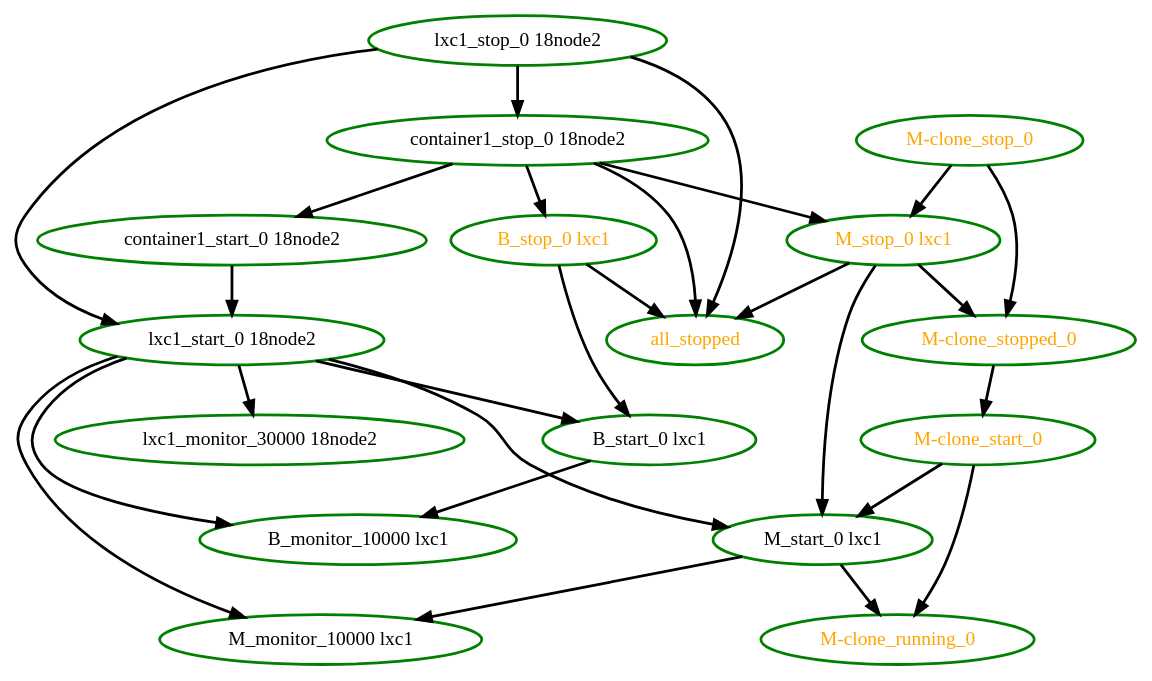
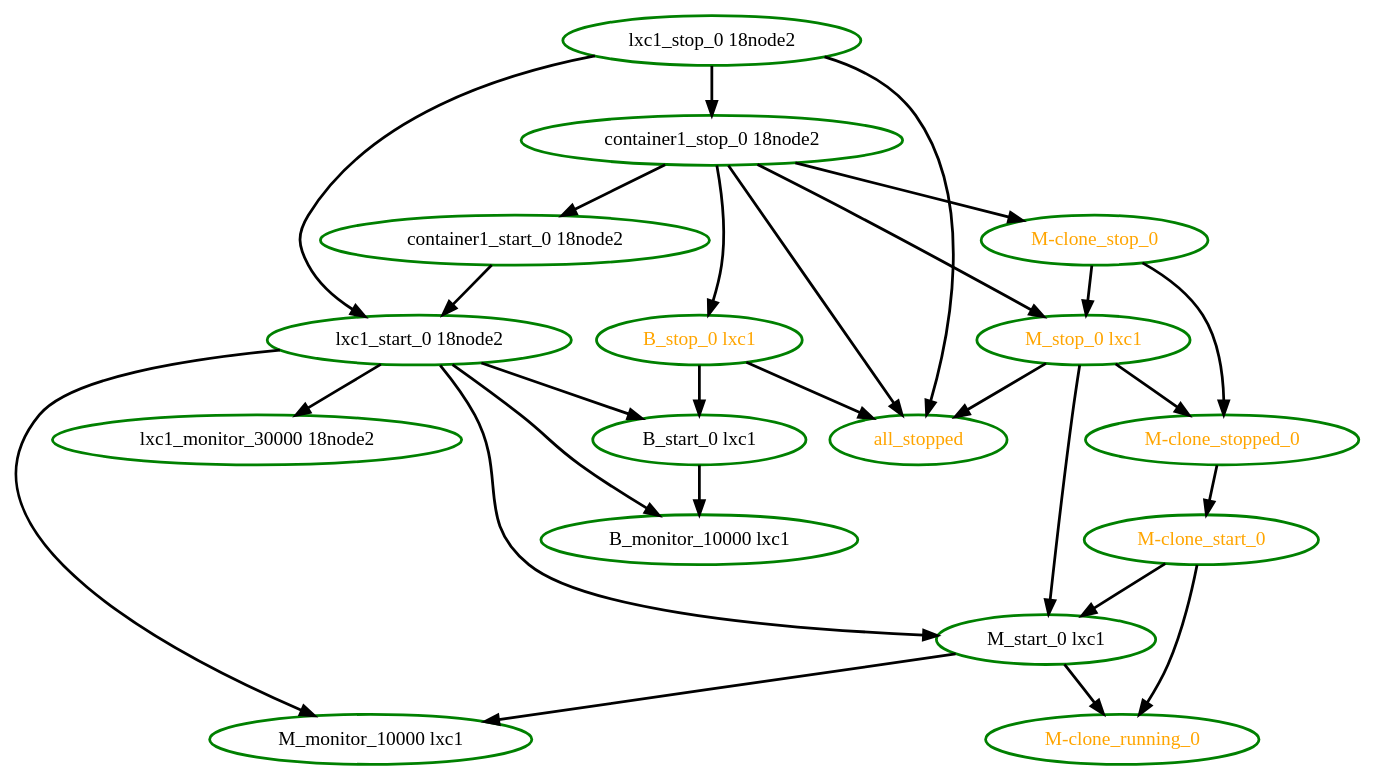
Before and after one commit to ClusterLabs/pacemaker: the diagram in pengine/test10/whitebox-fail1.dot, drawn with Graphviz. The commit also changed 11 other files, not shown here.

```diff
--- a/pengine/test10/whitebox-fail1.dot
+++ b/pengine/test10/whitebox-fail1.dot
@@ -1,44 +1,45 @@
 digraph "g" {
 "B_monitor_10000 lxc1" [ style=bold color="green" fontcolor="black"]
 "B_start_0 lxc1" -> "B_monitor_10000 lxc1" [ style = bold]
 "B_start_0 lxc1" [ style=bold color="green" fontcolor="black"]
 "B_stop_0 lxc1" -> "B_start_0 lxc1" [ style = bold]
 "B_stop_0 lxc1" -> "all_stopped" [ style = bold]
 "B_stop_0 lxc1" [ style=bold color="green" fontcolor="orange"]
 "M-clone_running_0" [ style=bold color="green" fontcolor="orange"]
 "M-clone_start_0" -> "M-clone_running_0" [ style = bold]
 "M-clone_start_0" -> "M_start_0 lxc1" [ style = bold]
 "M-clone_start_0" [ style=bold color="green" fontcolor="orange"]
 "M-clone_stop_0" -> "M-clone_stopped_0" [ style = bold]
 "M-clone_stop_0" -> "M_stop_0 lxc1" [ style = bold]
 "M-clone_stop_0" [ style=bold color="green" fontcolor="orange"]
 "M-clone_stopped_0" -> "M-clone_start_0" [ style = bold]
 "M-clone_stopped_0" [ style=bold color="green" fontcolor="orange"]
 "M_monitor_10000 lxc1" [ style=bold color="green" fontcolor="black"]
 "M_start_0 lxc1" -> "M-clone_running_0" [ style = bold]
 "M_start_0 lxc1" -> "M_monitor_10000 lxc1" [ style = bold]
 "M_start_0 lxc1" [ style=bold color="green" fontcolor="black"]
 "M_stop_0 lxc1" -> "M-clone_stopped_0" [ style = bold]
 "M_stop_0 lxc1" -> "M_start_0 lxc1" [ style = bold]
 "M_stop_0 lxc1" -> "all_stopped" [ style = bold]
 "M_stop_0 lxc1" [ style=bold color="green" fontcolor="orange"]
 "all_stopped" [ style=bold color="green" fontcolor="orange"]
 "container1_start_0 18node2" -> "lxc1_start_0 18node2" [ style = bold]
 "container1_start_0 18node2" [ style=bold color="green" fontcolor="black"]
 "container1_stop_0 18node2" -> "B_stop_0 lxc1" [ style = bold]
+"container1_stop_0 18node2" -> "M-clone_stop_0" [ style = bold]
 "container1_stop_0 18node2" -> "M_stop_0 lxc1" [ style = bold]
 "container1_stop_0 18node2" -> "all_stopped" [ style = bold]
 "container1_stop_0 18node2" -> "container1_start_0 18node2" [ style = bold]
 "container1_stop_0 18node2" [ style=bold color="green" fontcolor="black"]
 "lxc1_monitor_30000 18node2" [ style=bold color="green" fontcolor="black"]
 "lxc1_start_0 18node2" -> "B_monitor_10000 lxc1" [ style = bold]
 "lxc1_start_0 18node2" -> "B_start_0 lxc1" [ style = bold]
 "lxc1_start_0 18node2" -> "M_monitor_10000 lxc1" [ style = bold]
 "lxc1_start_0 18node2" -> "M_start_0 lxc1" [ style = bold]
 "lxc1_start_0 18node2" -> "lxc1_monitor_30000 18node2" [ style = bold]
 "lxc1_start_0 18node2" [ style=bold color="green" fontcolor="black"]
 "lxc1_stop_0 18node2" -> "all_stopped" [ style = bold]
 "lxc1_stop_0 18node2" -> "container1_stop_0 18node2" [ style = bold]
 "lxc1_stop_0 18node2" -> "lxc1_start_0 18node2" [ style = bold]
 "lxc1_stop_0 18node2" [ style=bold color="green" fontcolor="black"]
 }
```
